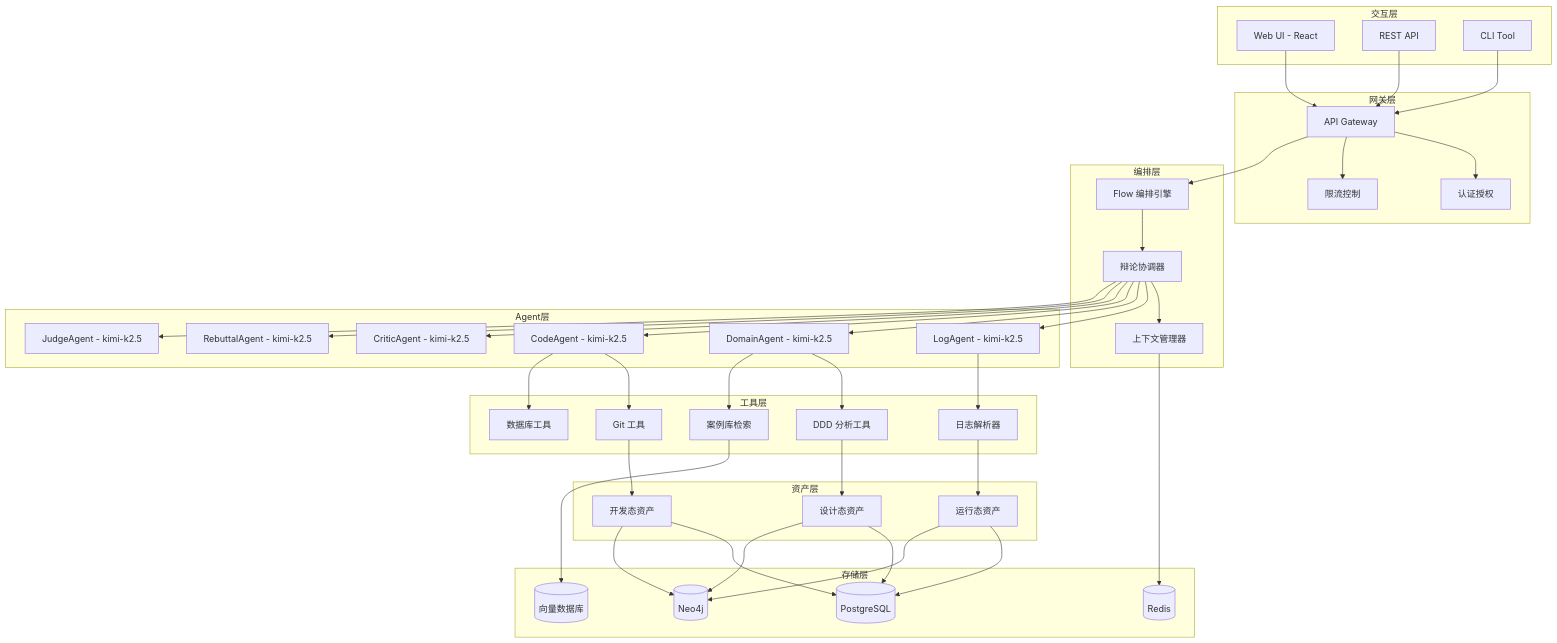
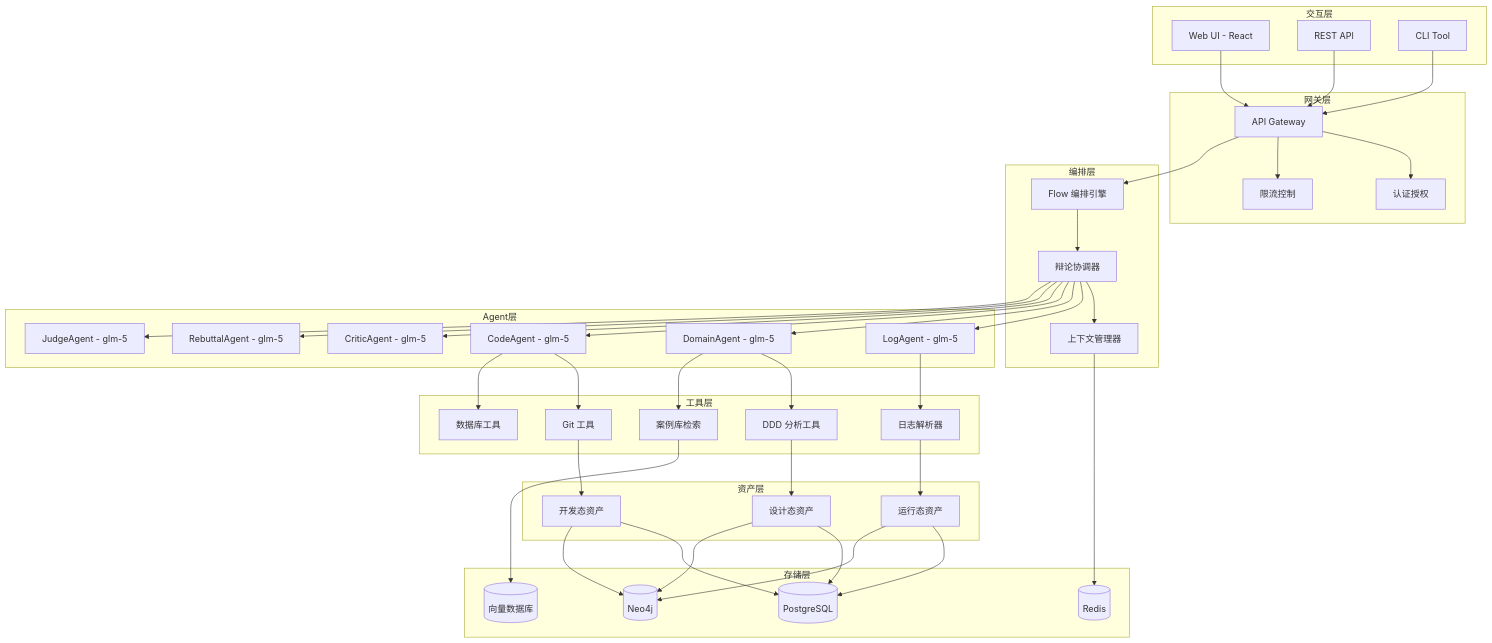
Before and after one commit to neochen1991/multi-agent-cli: the first of 4 diagrams in plans/sre-debate-platform-architecture.md, drawn with Mermaid. The commit also changed other lines of this file and 32 other files, not shown here.

```diff
--- a/plans/sre-debate-platform-architecture.md
+++ b/plans/sre-debate-platform-architecture.md
@@ -43,12 +43,12 @@
     end
 
     subgraph Agent层
-        LogAgent[LogAgent - kimi-k2.5]
-        DomainAgent[DomainAgent - kimi-k2.5]
-        CodeAgent[CodeAgent - kimi-k2.5]
-        CriticAgent[CriticAgent - kimi-k2.5]
-        RebuttalAgent[RebuttalAgent - kimi-k2.5]
-        JudgeAgent[JudgeAgent - kimi-k2.5]
+        LogAgent[LogAgent - glm-5]
+        DomainAgent[DomainAgent - glm-5]
+        CodeAgent[CodeAgent - glm-5]
+        CriticAgent[CriticAgent - glm-5]
+        RebuttalAgent[RebuttalAgent - glm-5]
+        JudgeAgent[JudgeAgent - glm-5]
     end
 
     subgraph 工具层
```
